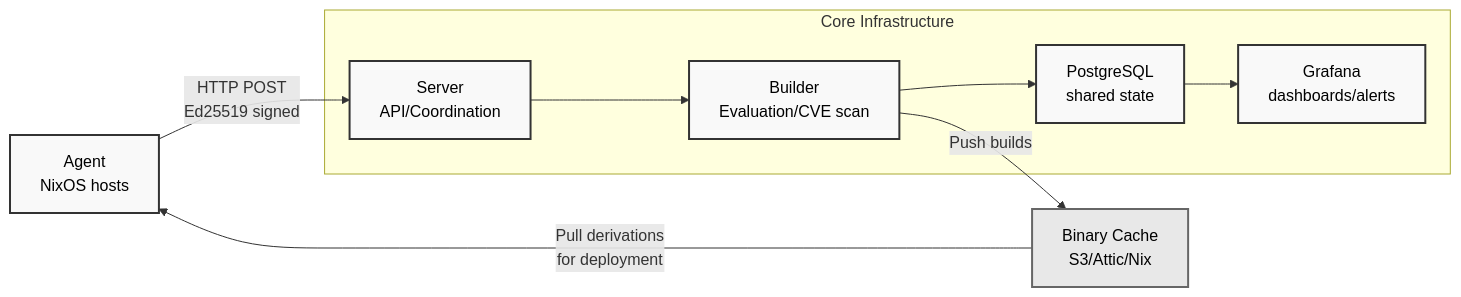
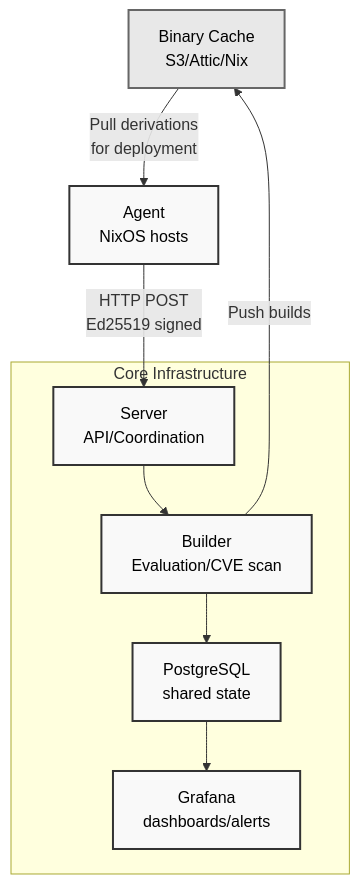
Before and after one commit to usmcamp0811/crystal-forge: the diagram in README.md, drawn with Mermaid. The commit also changed other lines of this file, not shown here.

````diff
--- a/README.md
+++ b/README.md
@@ -52,23 +52,23 @@
 ```mermaid
-flowchart LR
-    A[Agent<br/>NixOS hosts]
-    C[Binary Cache<br/>S3/Attic/Nix]
+flowchart TB
+    C["Binary Cache<br/>S3/Attic/Nix"]
+    A["Agent<br/>NixOS hosts"]
 
     subgraph "Core Infrastructure"
-        S[Server<br/>API/Coordination]
-        B[Builder<br/>Evaluation/CVE scan]
-        P[PostgreSQL<br/>shared state]
-        G[Grafana<br/>dashboards/alerts]
+        S["Server<br/>API/Coordination"]
+        B["Builder<br/>Evaluation/CVE scan"]
+        P["PostgreSQL<br/>shared state"]
+        G["Grafana<br/>dashboards/alerts"]
     end
 
     A -->|HTTP POST<br/>Ed25519 signed| S
     S --> B
+    B -->|Push builds| C
+    C -->|Pull derivations<br/>for deployment| A
     B --> P
     P --> G
-    B -->|Push builds| C
-    C -->|Pull derivations<br/>for deployment| A
 
     classDef default fill:#f9f9f9,stroke:#333,stroke-width:2px,color:#000
     classDef external fill:#e8e8e8,stroke:#666,stroke-width:2px,color:#000
     class C external
 ```
````
